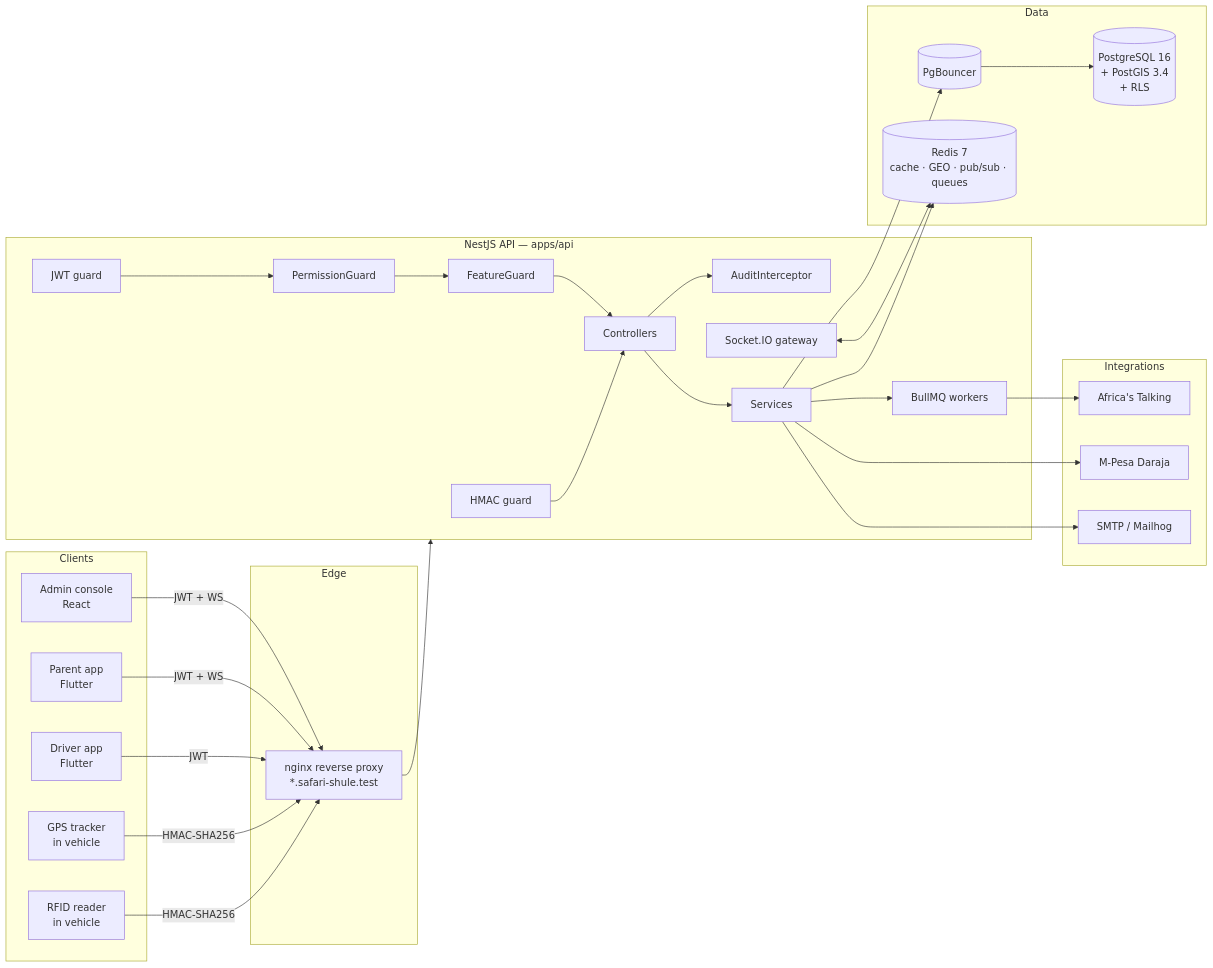
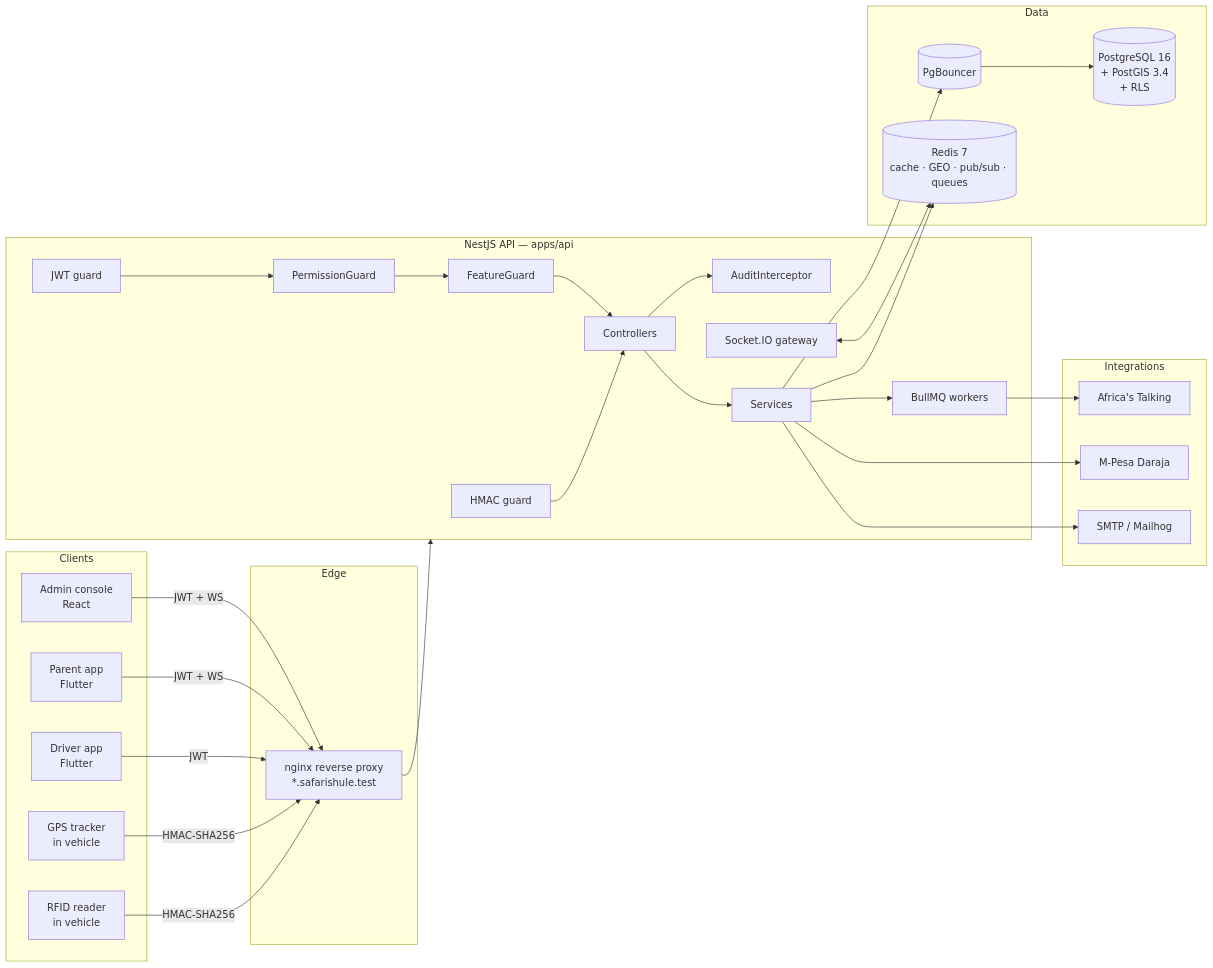
The first of 2 diagrams in docs/ARCHITECTURE.md (BonnieSpannah/safari-shule), drawn with Mermaid before and after one commit. The commit also changed other lines of this file and 81 other files, not shown here.

````diff
--- a/docs/ARCHITECTURE.md
+++ b/docs/ARCHITECTURE.md
@@ -5,55 +5,55 @@
 ```mermaid
 flowchart LR
   subgraph Clients
     RFID[RFID reader<br/>in vehicle]
     GPS[GPS tracker<br/>in vehicle]
     Driver[Driver app<br/>Flutter]
     Parent[Parent app<br/>Flutter]
     Admin[Admin console<br/>React]
   end
 
   subgraph Edge
-    Nginx[nginx reverse proxy<br/>*.safari-shule.test]
+    Nginx[nginx reverse proxy<br/>*.safarishule.test]
   end
 
   subgraph API [NestJS API — apps/api]
     HW[HMAC guard]
     JWT[JWT guard]
     Perm[PermissionGuard]
     Feat[FeatureGuard]
     Audit[AuditInterceptor]
     Ctrl[Controllers]
     Svc[Services]
     Gw[Socket.IO gateway]
     Q[BullMQ workers]
   end
 
   subgraph Data
     PG[(PostgreSQL 16<br/>+ PostGIS 3.4<br/>+ RLS)]
     PGB[(PgBouncer)]
     RD[(Redis 7<br/>cache · GEO · pub/sub · queues)]
   end
 
   subgraph Integrations
     AT[Africa's Talking]
     MP[M-Pesa Daraja]
     SMTP[SMTP / Mailhog]
   end
 
   RFID -->|HMAC-SHA256| Nginx
   GPS -->|HMAC-SHA256| Nginx
   Driver -->|JWT| Nginx
   Parent -->|JWT + WS| Nginx
   Admin -->|JWT + WS| Nginx
   Nginx --> API
   HW --> Ctrl
   JWT --> Perm --> Feat --> Ctrl --> Audit
   Ctrl --> Svc
   Svc --> PGB --> PG
   Svc --> RD
   Svc --> Q
   Gw <--> RD
   Q --> AT
   Svc --> MP
   Svc --> SMTP
 ```
````
